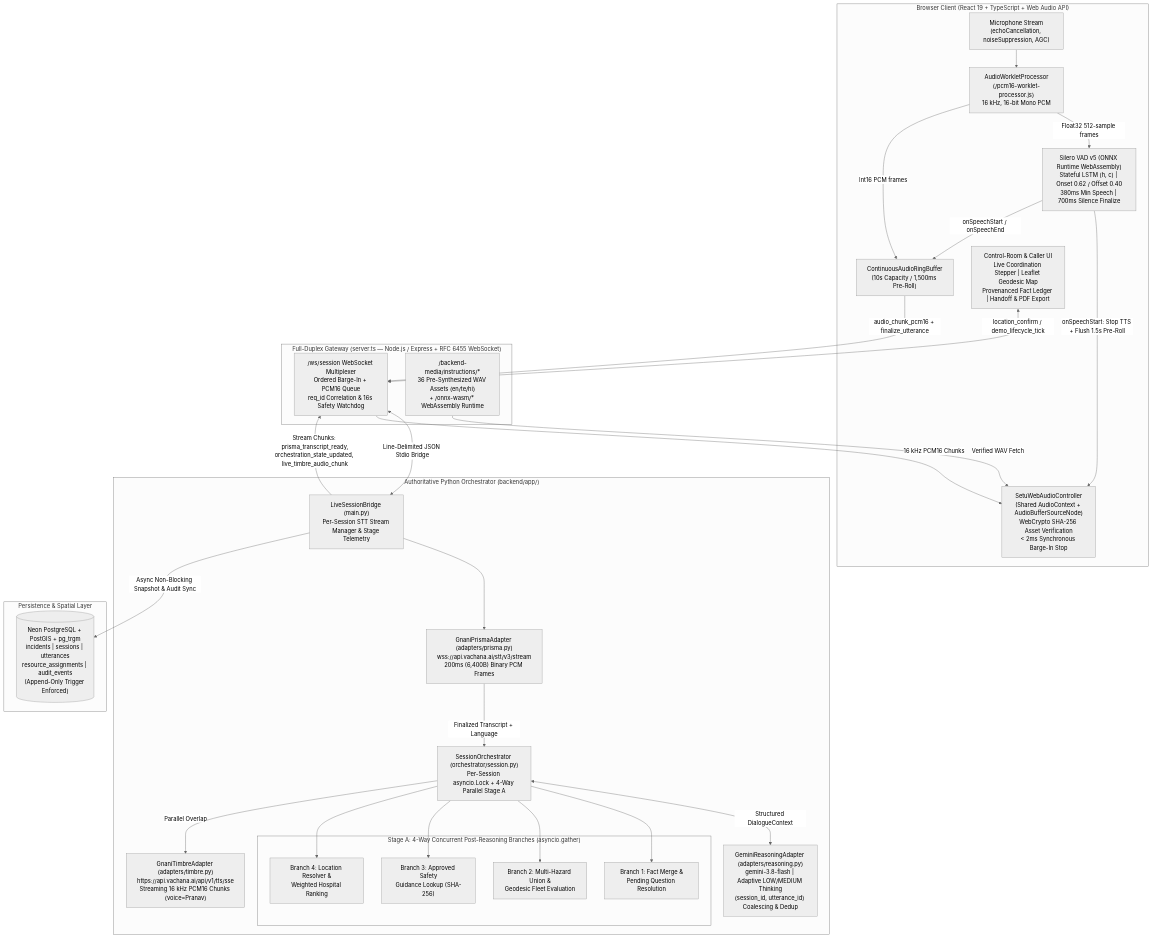
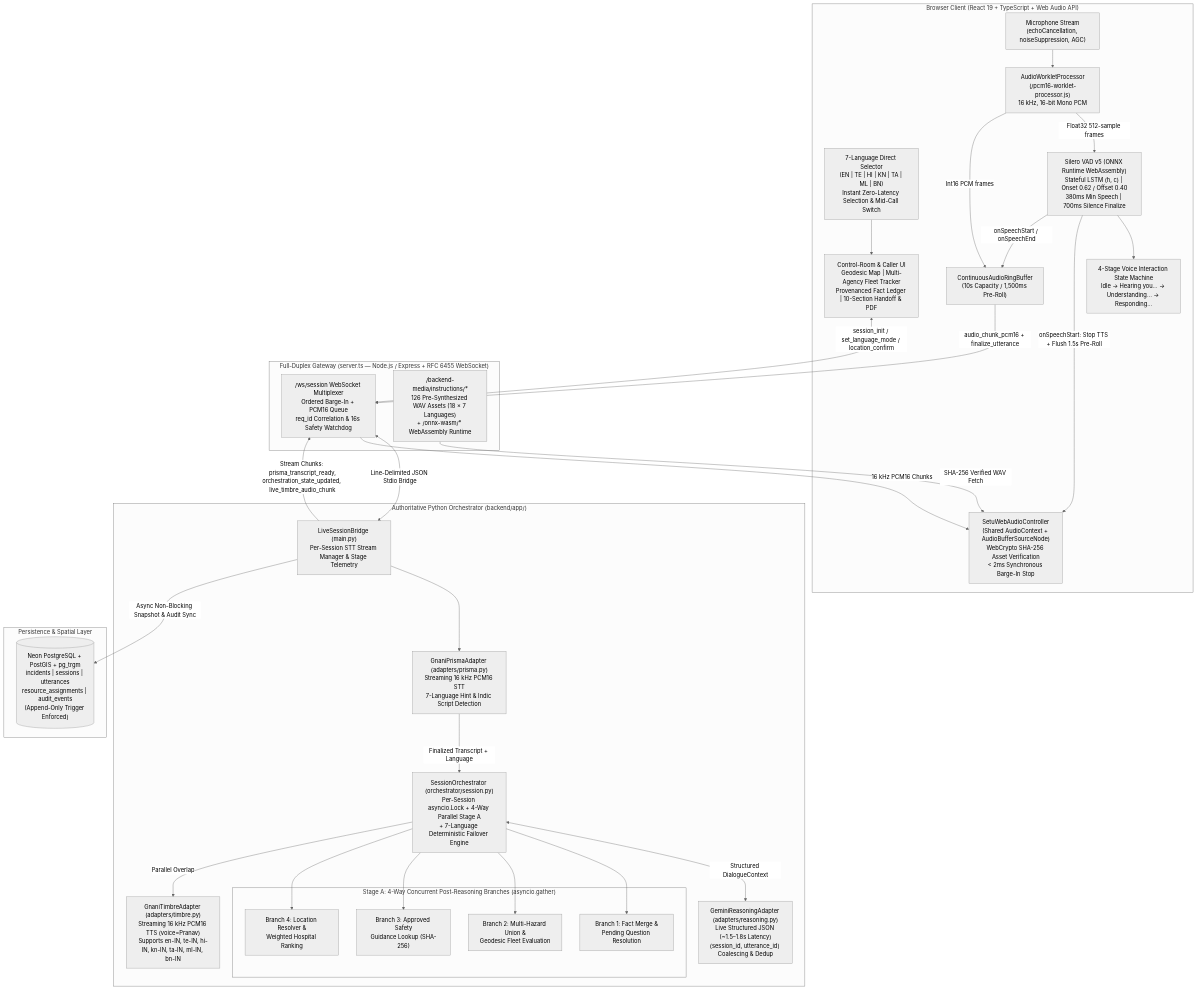
Before and after one commit to Ramu-9/Sethu: the first of 2 diagrams in README.md, drawn with Mermaid (neutral theme). The commit also changed other lines of this file, not shown here.

Commit message:
docs: update project architecture badges in README

````diff
--- a/README.md
+++ b/README.md
@@ -56,55 +101,59 @@
 ```mermaid
 flowchart TB
     subgraph Browser["Browser Client (React 19 + TypeScript + Web Audio API)"]
+        LangSelect["7-Language Direct Selector\n(EN | TE | HI | KN | TA | ML | BN)\nInstant Zero-Latency Selection & Mid-Call Switch"]
         Mic["Microphone Stream\n(echoCancellation, noiseSuppression, AGC)"]
         Worklet["AudioWorkletProcessor\n(/pcm16-worklet-processor.js)\n16 kHz, 16-bit Mono PCM"]
         RingBuf["ContinuousAudioRingBuffer\n(10s Capacity / 1,500ms Pre-Roll)"]
         VAD["Silero VAD v5 (ONNX Runtime WebAssembly)\nStateful LSTM (h, c) | Onset 0.62 / Offset 0.40\n380ms Min Speech | 700ms Silence Finalize"]
+        StateMachine["4-Stage Voice Interaction State Machine\nIdle → Hearing you… → Understanding… → Responding…"]
         AudioOut["SetuWebAudioController\n(Shared AudioContext + AudioBufferSourceNode)\nWebCrypto SHA-256 Asset Verification\n< 2ms Synchronous Barge-In Stop"]
-        UI["Control-Room & Caller UI\nLive Coordination Stepper | Leaflet Geodesic Map\nProvenanced Fact Ledger | Handoff & PDF Export"]
+        UI["Control-Room & Caller UI\nGeodesic Map | Multi-Agency Fleet Tracker\nProvenanced Fact Ledger | 10-Section Handoff & PDF"]
 
+        LangSelect --> UI
         Mic --> Worklet
         Worklet -->|Float32 512-sample frames| VAD
         Worklet -->|Int16 PCM frames| RingBuf
+        VAD --> StateMachine
         VAD -->|onSpeechStart: Stop TTS + Flush 1.5s Pre-Roll| AudioOut
         VAD -->|onSpeechStart / onSpeechEnd| RingBuf
     end
 
     subgraph Gateway["Full-Duplex Gateway (server.ts — Node.js / Express + RFC 6455 WebSocket)"]
         WS["/ws/session WebSocket Multiplexer\nOrdered Barge-In + PCM16 Queue\nreq_id Correlation & 16s Safety Watchdog"]
-        StaticAssets["/backend-media/instructions/*\n36 Pre-Synthesized WAV Assets (en/te/hi)\n+ /onnx-wasm/* WebAssembly Runtime"]
+        StaticAssets["/backend-media/instructions/*\n126 Pre-Synthesized WAV Assets (18 × 7 Languages)\n+ /onnx-wasm/* WebAssembly Runtime"]
     end
 
     subgraph PythonBackend["Authoritative Python Orchestrator (backend/app/)"]
         Bridge["LiveSessionBridge (main.py)\nPer-Session STT Stream Manager & Stage Telemetry"]
-        Prisma["GnaniPrismaAdapter (adapters/prisma.py)\nwss://api.vachana.ai/stt/v3/stream\n200ms (6,400B) Binary PCM Frames"]
-        Gemini["GeminiReasoningAdapter (adapters/reasoning.py)\ngemini-3.8-flash | Adaptive LOW/MEDIUM Thinking\n(session_id, utterance_id) Coalescing & Dedup"]
-        Orch["SessionOrchestrator (orchestrator/session.py)\nPer-Session asyncio.Lock + 4-Way Parallel Stage A"]
-        Timbre["GnaniTimbreAdapter (adapters/timbre.py)\nhttps://api.vachana.ai/api/v1/tts/sse\nStreaming 16 kHz PCM16 Chunks (voice=Pranav)"]
+        Prisma["GnaniPrismaAdapter (adapters/prisma.py)\nStreaming 16 kHz PCM16 STT\n7-Language Hint & Indic Script Detection"]
+        Gemini["GeminiReasoningAdapter (adapters/reasoning.py)\nLive Structured JSON (~1.5–1.8s Latency)\n(session_id, utterance_id) Coalescing & Dedup"]
+        Orch["SessionOrchestrator (orchestrator/session.py)\nPer-Session asyncio.Lock + 4-Way Parallel Stage A\n+ 7-Language Deterministic Failover Engine"]
+        Timbre["GnaniTimbreAdapter (adapters/timbre.py)\nStreaming 16 kHz PCM16 TTS (voice=Pranav)\nSupports en-IN, te-IN, hi-IN, kn-IN, ta-IN, ml-IN, bn-IN"]
 
         subgraph ParallelStageA["Stage A: 4-Way Concurrent Post-Reasoning Branches (asyncio.gather)"]
             B1["Branch 1: Fact Merge &\nPending Question Resolution"]
             B2["Branch 2: Multi-Hazard Union &\nGeodesic Fleet Evaluation"]
             B3["Branch 3: Approved Safety\nGuidance Lookup (SHA-256)"]
             B4["Branch 4: Location Resolver &\nWeighted Hospital Ranking"]
         end
 
         Bridge --> Prisma
         Prisma -->|Finalized Transcript + Language| Orch
         Orch <-->|Structured DialogueContext| Gemini
         Orch --> B1 & B2 & B3 & B4
         Orch -->|Parallel Overlap| Timbre
     end
 
     subgraph Storage["Persistence & Spatial Layer"]
         PG[("Neon PostgreSQL + PostGIS + pg_trgm\nincidents | sessions | utterances\nresource_assignments | audit_events\n(Append-Only Trigger Enforced)")]
     end
 
     RingBuf -->|audio_chunk_pcm16 + finalize_utterance| WS
-    UI <-->|location_confirm / demo_lifecycle_tick| WS
+    UI <-->|session_init / set_language_mode / location_confirm| WS
     WS <-->|Line-Delimited JSON Stdio Bridge| Bridge
     Bridge -->|Stream Chunks: prisma_transcript_ready,\norchestration_state_updated, live_timbre_audio_chunk| WS
     WS -->|16 kHz PCM16 Chunks| AudioOut
-    StaticAssets -->|Verified WAV Fetch| AudioOut
+    StaticAssets -->|SHA-256 Verified WAV Fetch| AudioOut
     Bridge -->|Async Non-Blocking Snapshot & Audit Sync| PG
 ```
````
